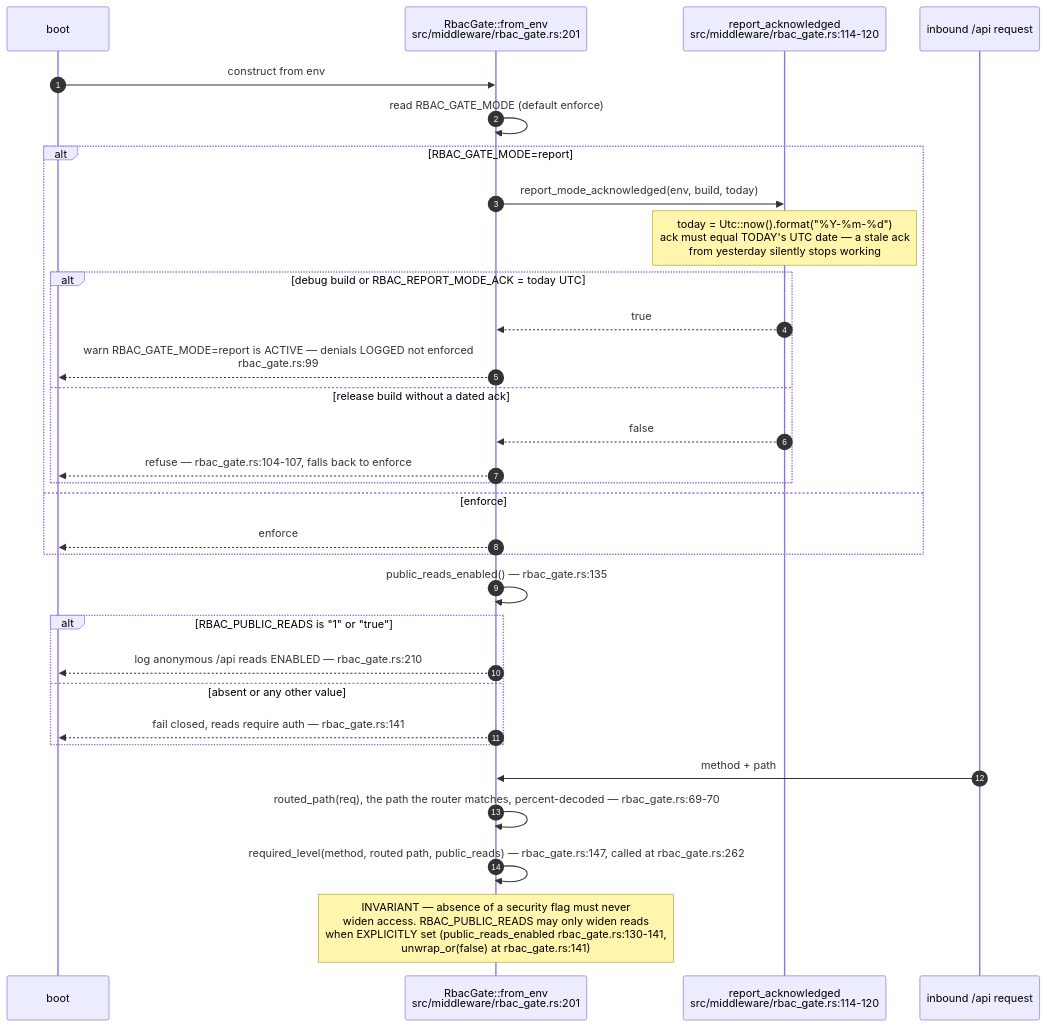
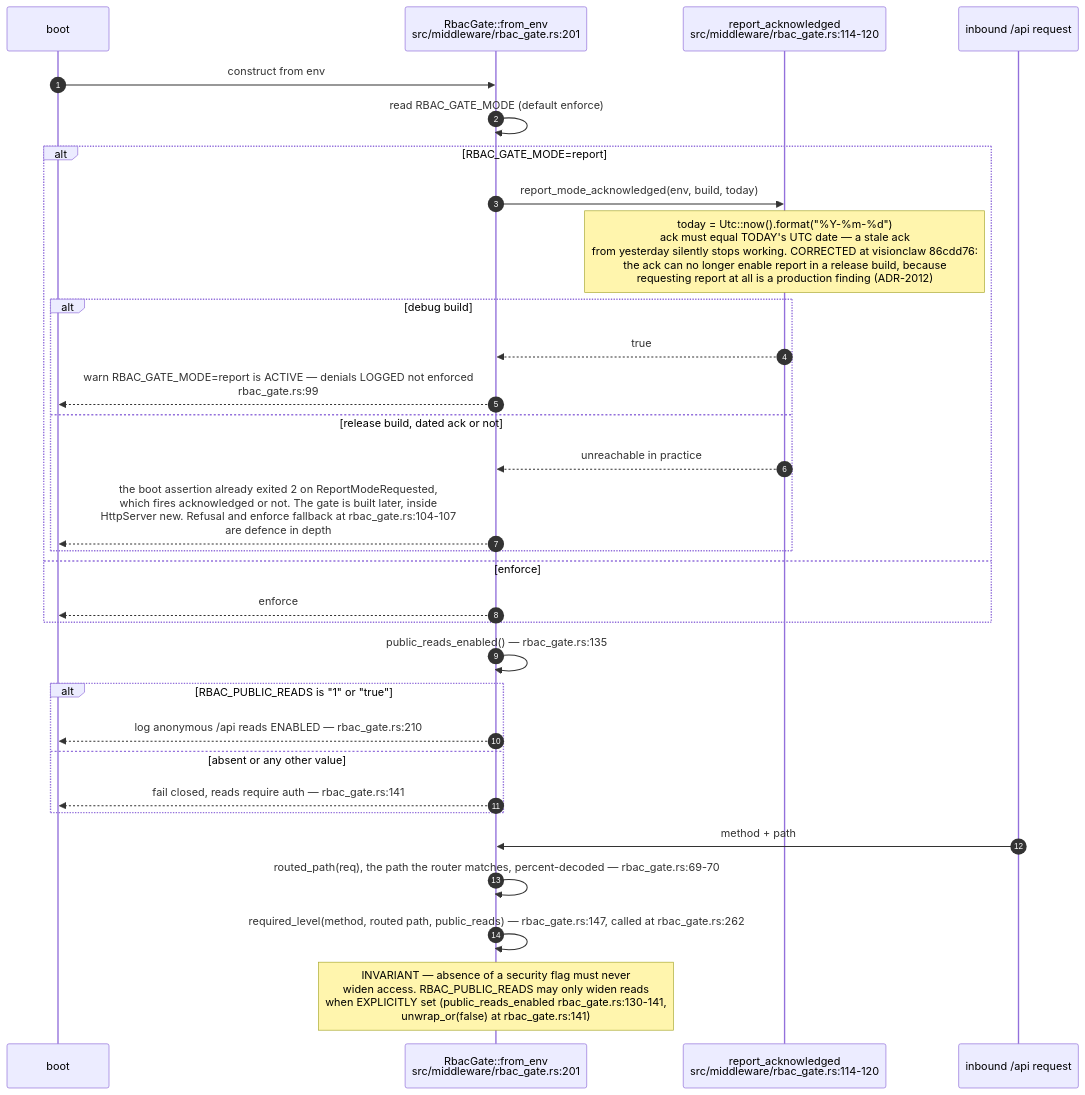
One commit to DreamLab-AI/VisionFlow changed the fifth of 11 diagrams in docs/diagrams/estate/10-deployment-and-security-profiles.md. Above: the diagram before and after it, drawn with Mermaid. The commit also changed other lines of this file and 91 other files, not shown here.

````diff
--- a/docs/diagrams/estate/10-deployment-and-security-profiles.md
+++ b/docs/diagrams/estate/10-deployment-and-security-profiles.md
@@ -225,34 +228,34 @@
 ```mermaid
 sequenceDiagram
     autonumber
     participant B as boot
     participant RG as RbacGate::from_env<br/>src/middleware/rbac_gate.rs:201
     participant RA as report_acknowledged<br/>src/middleware/rbac_gate.rs:114-120
     participant REQ as inbound /api request
 
     B->>RG: construct from env
     RG->>RG: read RBAC_GATE_MODE (default enforce)
     alt RBAC_GATE_MODE=report
         RG->>RA: report_mode_acknowledged(env, build, today)
-        Note over RA: today = Utc::now().format("%Y-%m-%d")<br/>ack must equal TODAY's UTC date — a stale ack<br/>from yesterday silently stops working
-        alt debug build or RBAC_REPORT_MODE_ACK = today UTC
+        Note over RA: today = Utc::now().format("%Y-%m-%d")<br/>ack must equal TODAY's UTC date — a stale ack<br/>from yesterday silently stops working. CORRECTED at visionclaw 86cdd76:<br/>the ack can no longer enable report in a release build, because<br/>requesting report at all is a production finding (ADR-2012)
+        alt debug build
             RA-->>RG: true
             RG-->>B: warn RBAC_GATE_MODE=report is ACTIVE — denials LOGGED not enforced<br/>rbac_gate.rs:99
-        else release build without a dated ack
-            RA-->>RG: false
-            RG-->>B: refuse — rbac_gate.rs:104-107, falls back to enforce
+        else release build, dated ack or not
+            RA-->>RG: unreachable in practice
+            RG-->>B: the boot assertion already exited 2 on ReportModeRequested,<br/>which fires acknowledged or not. The gate is built later, inside<br/>HttpServer new. Refusal and enforce fallback at rbac_gate.rs:104-107<br/>are defence in depth
         end
     else enforce
         RG-->>B: enforce
     end
     RG->>RG: public_reads_enabled() — rbac_gate.rs:135
     alt RBAC_PUBLIC_READS is "1" or "true"
         RG-->>B: log anonymous /api reads ENABLED — rbac_gate.rs:210
     else absent or any other value
         RG-->>B: fail closed, reads require auth — rbac_gate.rs:141
     end
     REQ->>RG: method + path
     RG->>RG: routed_path(req), the path the router matches, percent-decoded — rbac_gate.rs:69-70
     RG->>RG: required_level(method, routed path, public_reads) — rbac_gate.rs:147, called at rbac_gate.rs:262
     Note over RG: INVARIANT — absence of a security flag must never<br/>widen access. RBAC_PUBLIC_READS may only widen reads<br/>when EXPLICITLY set (public_reads_enabled rbac_gate.rs:130-141,<br/>unwrap_or(false) at rbac_gate.rs:141)
 ```
````
